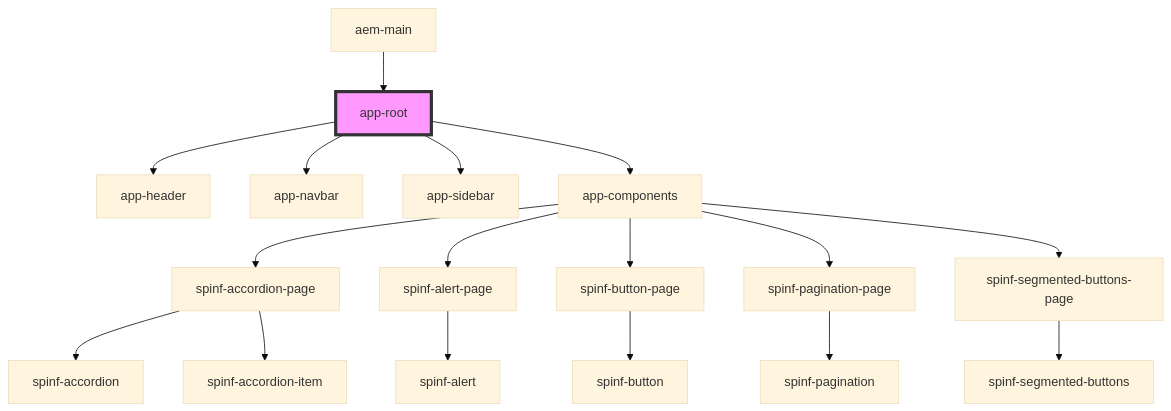
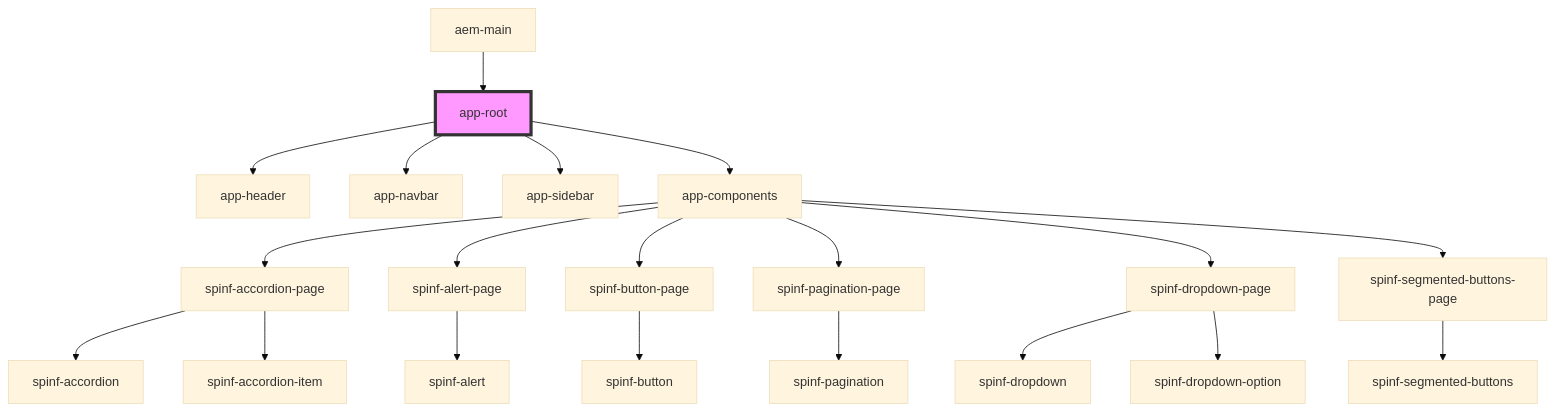
Before and after one commit to Diego-Dos-Santos-Accenture/spain-info-stencil: the diagram in src/components/app-root/readme.md, drawn with Mermaid (base theme). The commit also changed 13 other files, not shown here.

````diff
--- a/src/components/app-root/readme.md
+++ b/src/components/app-root/readme.md
@@ -22,20 +22,23 @@
 ```mermaid
 graph TD;
   app-root --> app-header
   app-root --> app-navbar
   app-root --> app-sidebar
   app-root --> app-components
   app-components --> spinf-accordion-page
   app-components --> spinf-alert-page
   app-components --> spinf-button-page
   app-components --> spinf-pagination-page
+  app-components --> spinf-dropdown-page
   app-components --> spinf-segmented-buttons-page
   spinf-accordion-page --> spinf-accordion
   spinf-accordion-page --> spinf-accordion-item
   spinf-alert-page --> spinf-alert
   spinf-button-page --> spinf-button
   spinf-pagination-page --> spinf-pagination
+  spinf-dropdown-page --> spinf-dropdown
+  spinf-dropdown-page --> spinf-dropdown-option
   spinf-segmented-buttons-page --> spinf-segmented-buttons
   aem-main --> app-root
   style app-root fill:#f9f,stroke:#333,stroke-width:4px
 ```
````
